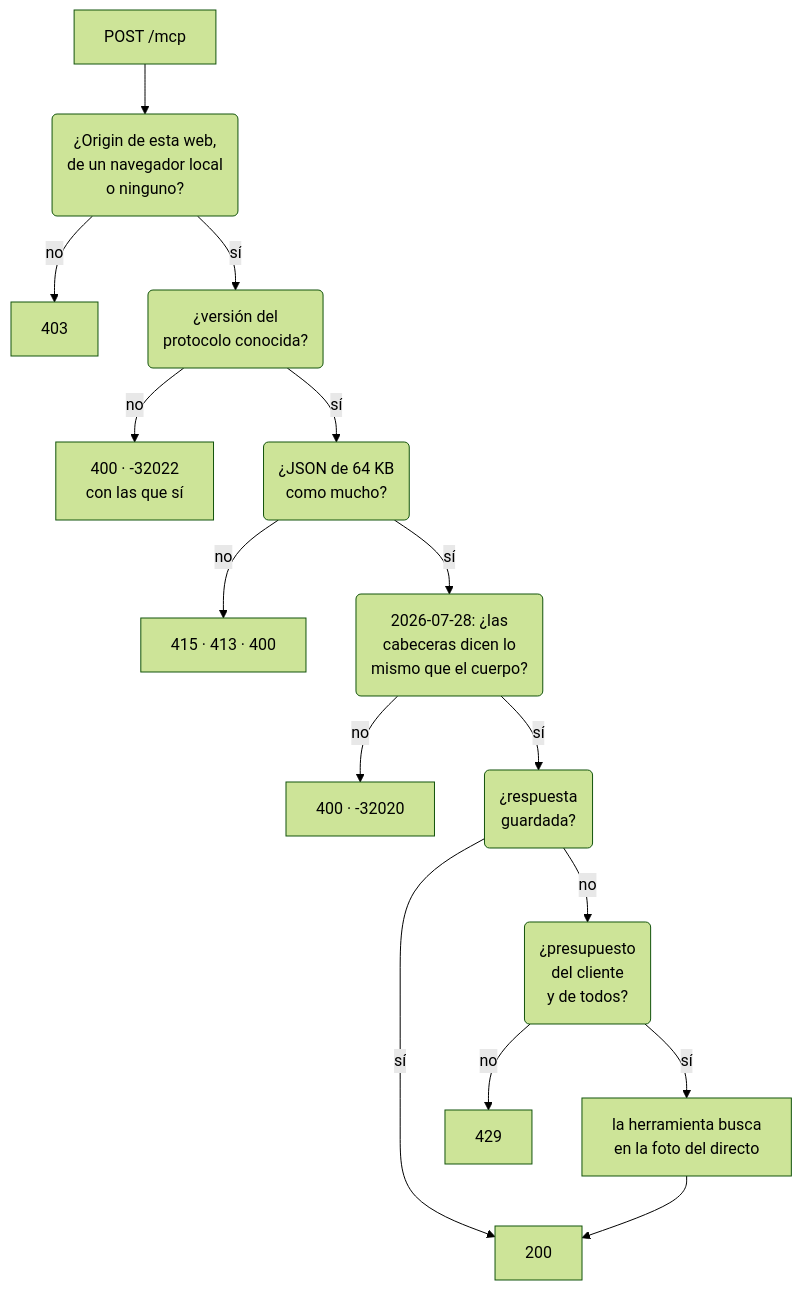
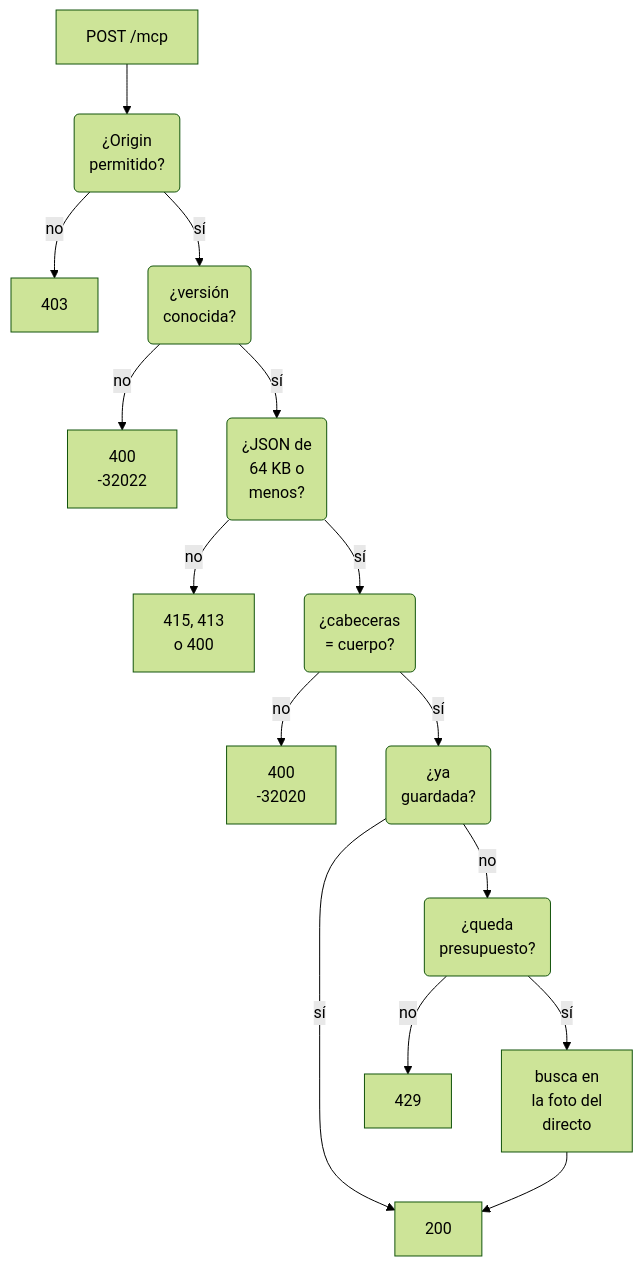
Before and after one commit to FlorinTodor/radar-es: the sixth of 7 diagrams in README.md, drawn with Mermaid (forest theme). The commit also changed other lines of this file, not shown here.

Commit message:
README: diagramas con líneas de 14 caracteres como mucho (GitHub dibuja todas las cajas del mismo ancho y recortaba las líneas largas); qué comprueba cada paso del MCP, en una lista, y las dos generaciones del protocolo, en una tabla

````diff
--- a/README.md
+++ b/README.md
@@ -472,17 +472,17 @@
 ```mermaid
 flowchart TB
-  a["POST /mcp"] --> b("¿Origin de esta web,<br/>de un navegador local<br/>o ninguno?")
+  a["POST /mcp"] --> b("¿Origin<br/>permitido?")
   b -->|"no"| e403["403"]
-  b -->|"sí"| c("¿versión del<br/>protocolo conocida?")
-  c -->|"no"| e400a["400 · -32022<br/>con las que sí"]
-  c -->|"sí"| d("¿JSON de 64 KB<br/>como mucho?")
-  d -->|"no"| e41x["415 · 413 · 400"]
-  d -->|"sí"| f("2026-07-28: ¿las<br/>cabeceras dicen lo<br/>mismo que el cuerpo?")
-  f -->|"no"| e400b["400 · -32020"]
-  f -->|"sí"| g("¿respuesta<br/>guardada?")
+  b -->|"sí"| c("¿versión<br/>conocida?")
+  c -->|"no"| e400a["400<br/>-32022"]
+  c -->|"sí"| d("¿JSON de<br/>64 KB o<br/>menos?")
+  d -->|"no"| e41x["415, 413<br/>o 400"]
+  d -->|"sí"| f("¿cabeceras<br/>= cuerpo?")
+  f -->|"no"| e400b["400<br/>-32020"]
+  f -->|"sí"| g("¿ya<br/>guardada?")
   g -->|"sí"| ok["200"]
-  g -->|"no"| h("¿presupuesto<br/>del cliente<br/>y de todos?")
+  g -->|"no"| h("¿queda<br/>presupuesto?")
   h -->|"no"| e429["429"]
-  h -->|"sí"| i["la herramienta busca<br/>en la foto del directo"]
+  h -->|"sí"| i["busca en<br/>la foto del<br/>directo"]
   i --> ok
 ```
````
